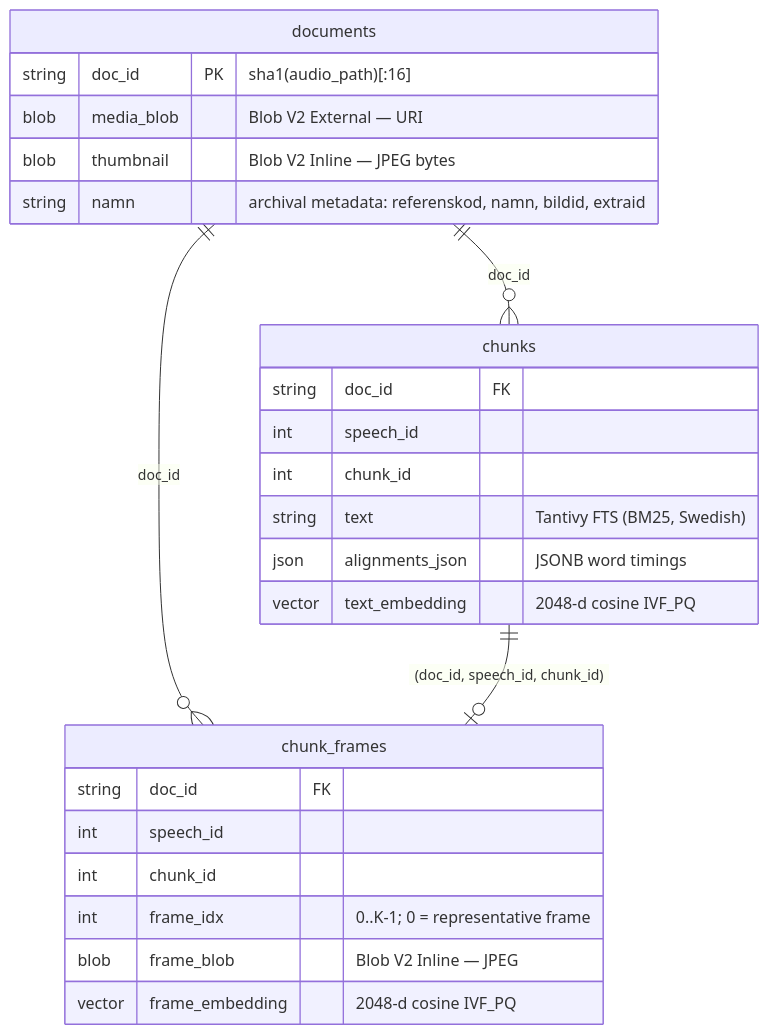
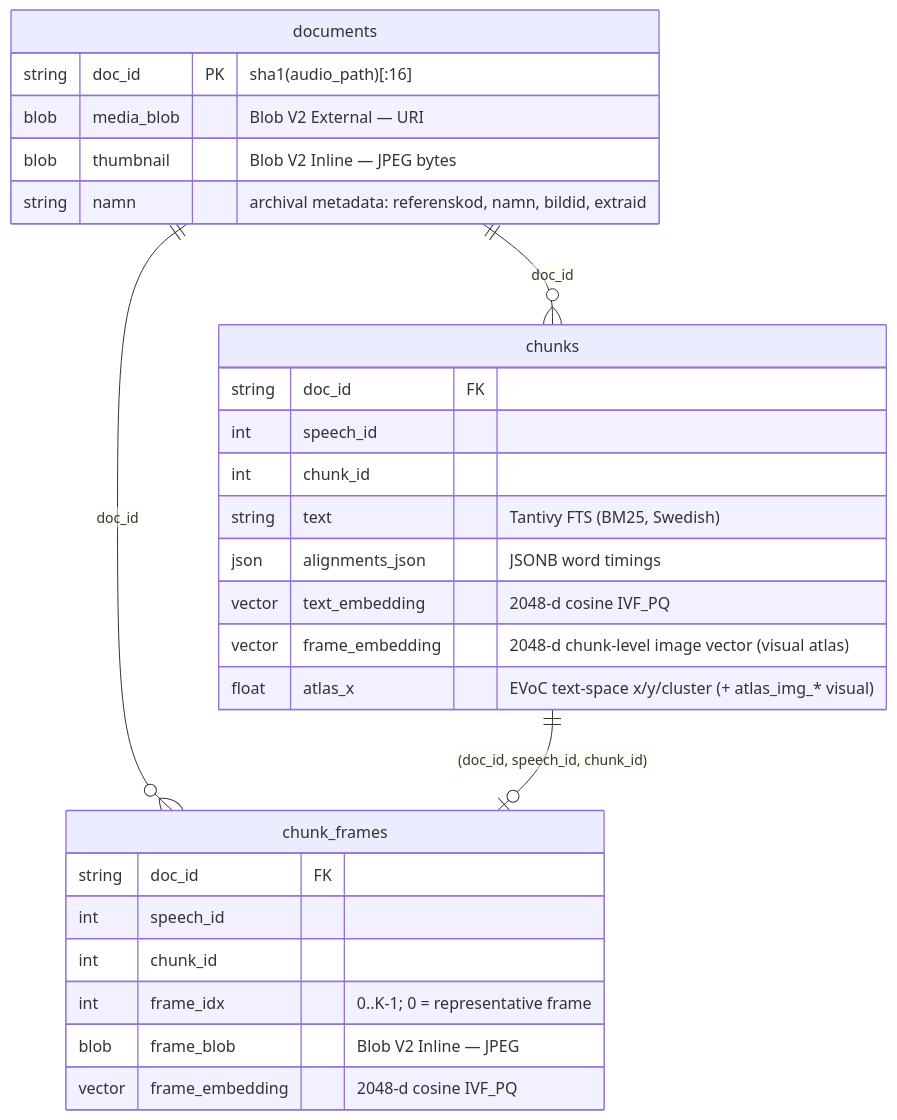
Before and after one commit to Borg93/lance-audio-demo: the second of 4 diagrams in GUIDE.md, drawn with Mermaid. The commit also changed other lines of this file and 29 other files, not shown here.

First line of the commit message:
Embedding Atlas: WebGPU scatter, EVōC text+visual projections, cross-filter

````diff
--- a/GUIDE.md
+++ b/GUIDE.md
@@ -115,29 +115,31 @@
 ```mermaid
 erDiagram
     documents ||--o{ chunks : "doc_id"
     documents ||--o{ chunk_frames : "doc_id"
     chunks ||--o| chunk_frames : "(doc_id, speech_id, chunk_id)"
 
     documents {
         string doc_id PK "sha1(audio_path)[:16]"
         blob media_blob "Blob V2 External — URI"
         blob thumbnail "Blob V2 Inline — JPEG bytes"
         string namn "archival metadata: referenskod, namn, bildid, extraid"
     }
     chunks {
         string doc_id FK
         int speech_id
         int chunk_id
         string text "Tantivy FTS (BM25, Swedish)"
         json alignments_json "JSONB word timings"
         vector text_embedding "2048-d cosine IVF_PQ"
+        vector frame_embedding "2048-d chunk-level image vector (visual atlas)"
+        float atlas_x "EVoC text-space x/y/cluster (+ atlas_img_* visual)"
     }
     chunk_frames {
         string doc_id FK
         int speech_id
         int chunk_id
         int frame_idx "0..K-1; 0 = representative frame"
         blob frame_blob "Blob V2 Inline — JPEG"
         vector frame_embedding "2048-d cosine IVF_PQ"
     }
 ```
````
